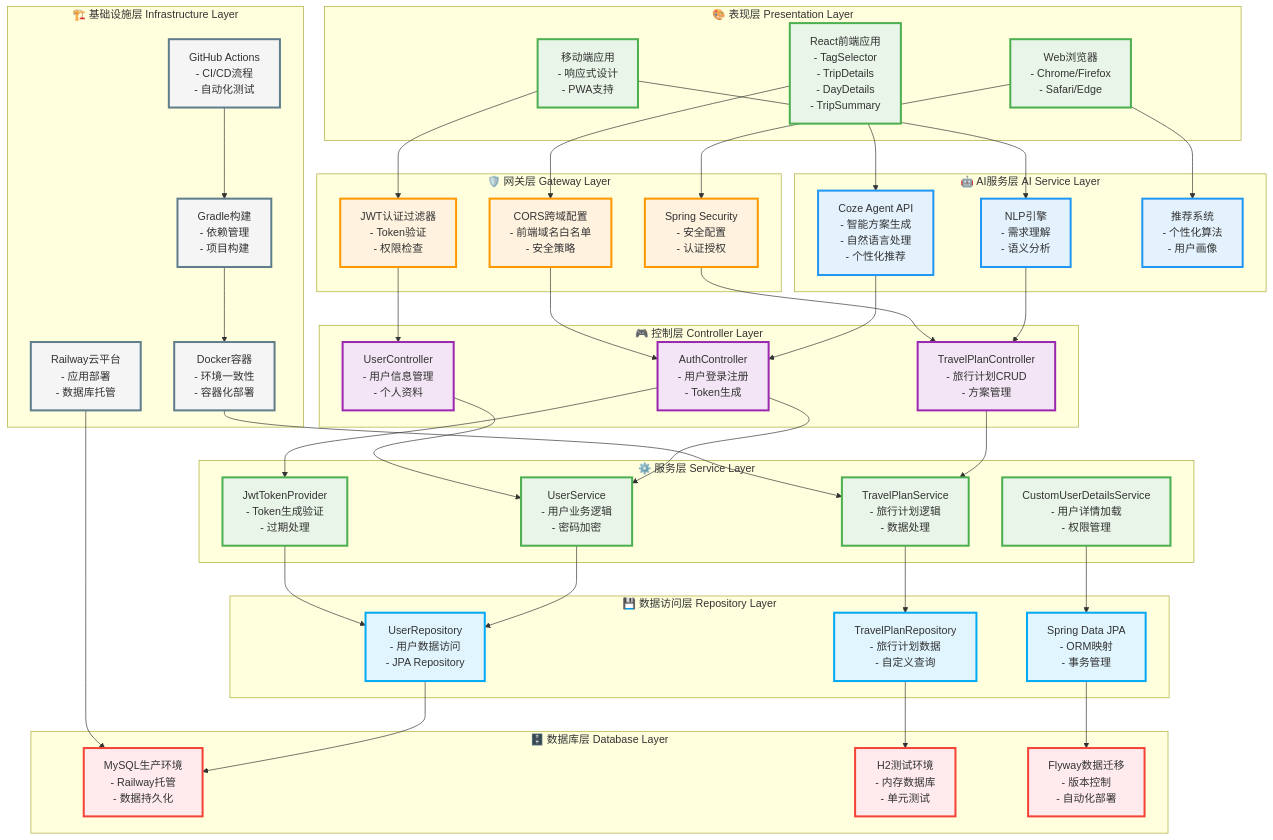
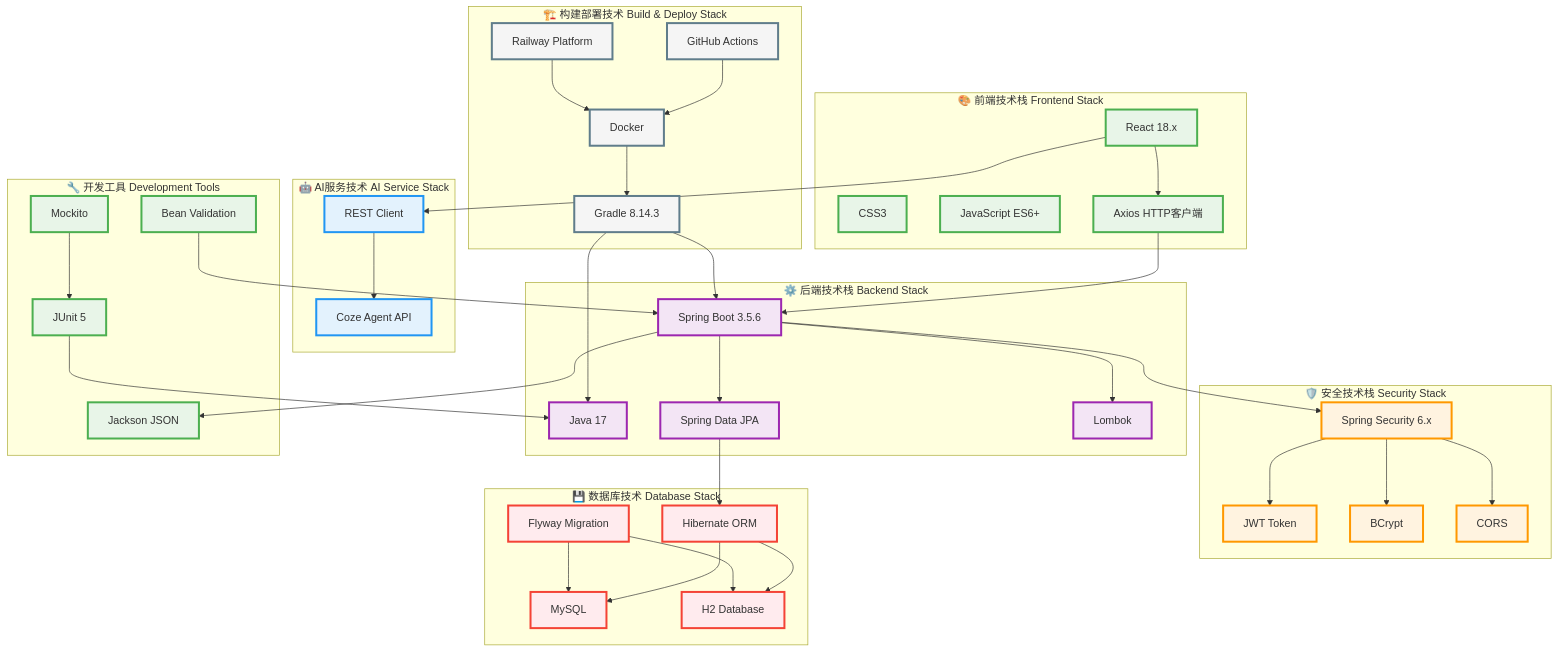
The seventh of 9 diagrams in architecture-diagram.md (NicoleYL28/travel-assistant), drawn with Mermaid before and after one commit. The commit also changed other lines of this file, not shown here.

Commit message:
update diagram

````diff
--- a/architecture-diagram.md
+++ b/architecture-diagram.md
@@ -355,113 +355,104 @@
 ```mermaid
 graph TB
-    %% 表现层 - Presentation Layer  
-    subgraph "🎨 表现层 Presentation Layer"
-        REACT["React前端应用<br/>- TagSelector<br/>- TripDetails<br/>- DayDetails<br/>- TripSummary"]
-        MOBILE["移动端应用<br/>- 响应式设计<br/>- PWA支持"]
-        BROWSER["Web浏览器<br/>- Chrome/Firefox<br/>- Safari/Edge"]
+    %% 前端技术栈 - Frontend Stack
+    subgraph "🎨 前端技术栈 Frontend Stack"
+        REACT["React 18.x"]
+        CSS["CSS3"]
+        JS["JavaScript ES6+"]
+        AXIOS["Axios HTTP客户端"]
     end
     
-    %% AI服务层 - AI Service Layer
-    subgraph "🤖 AI服务层 AI Service Layer"
-        COZE["Coze Agent API<br/>- 智能方案生成<br/>- 自然语言处理<br/>- 个性化推荐"]
-        NLP["NLP引擎<br/>- 需求理解<br/>- 语义分析"]
-        RECOM["推荐系统<br/>- 个性化算法<br/>- 用户画像"]
+    %% AI服务技术 - AI Service Stack
+    subgraph "🤖 AI服务技术 AI Service Stack"
+        COZE["Coze Agent API"]
+        REST_CLIENT["REST Client"]
     end
     
-    %% 网关层 - Gateway Layer  
-    subgraph "🛡️ 网关层 Gateway Layer"
-        CORS["CORS跨域配置<br/>- 前端域名白名单<br/>- 安全策略"]
-        JWT_FILTER["JWT认证过滤器<br/>- Token验证<br/>- 权限检查"]
-        SECURITY["Spring Security<br/>- 安全配置<br/>- 认证授权"]
+    %% 安全技术栈 - Security Stack
+    subgraph "🛡️ 安全技术栈 Security Stack"
+        JWT["JWT Token"]
+        BCRYPT["BCrypt"]
+        CORS["CORS"]
+        SPRING_SEC["Spring Security 6.x"]
     end
     
-    %% 控制层 - Controller Layer
-    subgraph "🎮 控制层 Controller Layer"
-        AUTH_CTRL["AuthController<br/>- 用户登录注册<br/>- Token生成"]
-        USER_CTRL["UserController<br/>- 用户信息管理<br/>- 个人资料"]
-        TRAVEL_CTRL["TravelPlanController<br/>- 旅行计划CRUD<br/>- 方案管理"]
+    %% 后端技术栈 - Backend Stack
+    subgraph "⚙️ 后端技术栈 Backend Stack"
+        JAVA["Java 17"]
+        SPRING_BOOT["Spring Boot 3.5.6"]
+        SPRING_DATA["Spring Data JPA"]
+        LOMBOK["Lombok"]
     end
     
-    %% 服务层 - Service Layer
-    subgraph "⚙️ 服务层 Service Layer"
-        USER_SVC["UserService<br/>- 用户业务逻辑<br/>- 密码加密"]
-        TRAVEL_SVC["TravelPlanService<br/>- 旅行计划逻辑<br/>- 数据处理"]
-        SECURITY_SVC["CustomUserDetailsService<br/>- 用户详情加载<br/>- 权限管理"]
-        JWT_PROVIDER["JwtTokenProvider<br/>- Token生成验证<br/>- 过期处理"]
+    %% 数据库技术 - Database Stack
+    subgraph "💾 数据库技术 Database Stack"
+        MYSQL["MySQL"]
+        H2["H2 Database"]
+        FLYWAY["Flyway Migration"]
+        HIBERNATE["Hibernate ORM"]
     end
     
-    %% 数据访问层 - Repository Layer
-    subgraph "💾 数据访问层 Repository Layer"
-        USER_REPO["UserRepository<br/>- 用户数据访问<br/>- JPA Repository"]
-        TRAVEL_REPO["TravelPlanRepository<br/>- 旅行计划数据<br/>- 自定义查询"]
-        JPA["Spring Data JPA<br/>- ORM映射<br/>- 事务管理"]
+    %% 构建部署技术 - Build & Deploy Stack
+    subgraph "🏗️ 构建部署技术 Build & Deploy Stack"
+        GRADLE["Gradle 8.14.3"]
+        DOCKER["Docker"]
+        GITHUB_ACTIONS["GitHub Actions"]
+        RAILWAY["Railway Platform"]
     end
     
-    %% 数据库层 - Database Layer
-    subgraph "🗄️ 数据库层 Database Layer"
-        MYSQL["MySQL生产环境<br/>- Railway托管<br/>- 数据持久化"]
-        H2["H2测试环境<br/>- 内存数据库<br/>- 单元测试"]
-        FLYWAY["Flyway数据迁移<br/>- 版本控制<br/>- 自动化部署"]
+    %% 开发工具 - Development Tools
+    subgraph "🔧 开发工具 Development Tools"
+        JUNIT["JUnit 5"]
+        MOCKITO["Mockito"]
+        VALIDATION["Bean Validation"]
+        JSON["Jackson JSON"]
     end
     
-    %% 基础设施层 - Infrastructure Layer
-    subgraph "🏗️ 基础设施层 Infrastructure Layer"
-        RAILWAY["Railway云平台<br/>- 应用部署<br/>- 数据库托管"]
-        DOCKER["Docker容器<br/>- 环境一致性<br/>- 容器化部署"]
-        GITHUB["GitHub Actions<br/>- CI/CD流程<br/>- 自动化测试"]
-        GRADLE["Gradle构建<br/>- 依赖管理<br/>- 项目构建"]
-    end
+    %% 技术关联关系 - 纯技术层面的依赖
+    REACT --> AXIOS
+    AXIOS --> SPRING_BOOT
+    REACT --> REST_CLIENT
+    REST_CLIENT --> COZE
     
-    %% 分层连接关系
-    REACT --> COZE
-    MOBILE --> NLP
-    BROWSER --> RECOM
+    SPRING_BOOT --> SPRING_SEC
+    SPRING_BOOT --> SPRING_DATA
+    SPRING_BOOT --> LOMBOK
+    SPRING_BOOT --> JSON
     
-    REACT --> CORS
-    MOBILE --> JWT_FILTER
-    BROWSER --> SECURITY
+    SPRING_SEC --> JWT
+    SPRING_SEC --> BCRYPT
+    SPRING_SEC --> CORS
     
-    COZE --> AUTH_CTRL
-    NLP --> TRAVEL_CTRL
-    CORS --> AUTH_CTRL
-    JWT_FILTER --> USER_CTRL
-    SECURITY --> TRAVEL_CTRL
+    SPRING_DATA --> HIBERNATE
+    HIBERNATE --> MYSQL
+    HIBERNATE --> H2
+    FLYWAY --> MYSQL
+    FLYWAY --> H2
     
-    AUTH_CTRL --> USER_SVC
-    USER_CTRL --> USER_SVC
-    TRAVEL_CTRL --> TRAVEL_SVC
-    AUTH_CTRL --> JWT_PROVIDER
+    GRADLE --> JAVA
+    GRADLE --> SPRING_BOOT
+    DOCKER --> GRADLE
+    GITHUB_ACTIONS --> DOCKER
+    RAILWAY --> DOCKER
     
-    USER_SVC --> USER_REPO
-    TRAVEL_SVC --> TRAVEL_REPO
-    SECURITY_SVC --> JPA
-    JWT_PROVIDER --> USER_REPO
-    
-    USER_REPO --> MYSQL
-    TRAVEL_REPO --> H2
-    JPA --> FLYWAY
-    
-    RAILWAY --> MYSQL
-    DOCKER --> TRAVEL_SVC
-    GITHUB --> GRADLE
-    GRADLE --> DOCKER
+    JUNIT --> JAVA
+    MOCKITO --> JUNIT
+    VALIDATION --> SPRING_BOOT
     
     %% 样式定义
-    classDef presentation fill:#e8f5e8,stroke:#4caf50,stroke-width:3px
+    classDef frontend fill:#e8f5e8,stroke:#4caf50,stroke-width:3px
     classDef ai fill:#e3f2fd,stroke:#2196f3,stroke-width:3px
-    classDef gateway fill:#fff3e0,stroke:#ff9800,stroke-width:3px
-    classDef controller fill:#f3e5f5,stroke:#9c27b0,stroke-width:3px
-    classDef service fill:#e8f5e8,stroke:#4caf50,stroke-width:3px
-    classDef repository fill:#e1f5fe,stroke:#03a9f4,stroke-width:3px
+    classDef security fill:#fff3e0,stroke:#ff9800,stroke-width:3px
+    classDef backend fill:#f3e5f5,stroke:#9c27b0,stroke-width:3px
     classDef database fill:#ffebee,stroke:#f44336,stroke-width:3px
-    classDef infrastructure fill:#f5f5f5,stroke:#607d8b,stroke-width:3px
+    classDef build fill:#f5f5f5,stroke:#607d8b,stroke-width:3px
+    classDef tools fill:#e8f5e8,stroke:#4caf50,stroke-width:3px
     
-    class REACT,MOBILE,BROWSER presentation
-    class COZE,NLP,RECOM ai
-    class CORS,JWT_FILTER,SECURITY gateway
-    class AUTH_CTRL,USER_CTRL,TRAVEL_CTRL controller
-    class USER_SVC,TRAVEL_SVC,SECURITY_SVC,JWT_PROVIDER service
-    class USER_REPO,TRAVEL_REPO,JPA repository
-    class MYSQL,H2,FLYWAY database
-    class RAILWAY,DOCKER,GITHUB,GRADLE infrastructure
+    class REACT,CSS,JS,AXIOS frontend
+    class COZE,REST_CLIENT ai
+    class JWT,BCRYPT,CORS,SPRING_SEC security
+    class JAVA,SPRING_BOOT,SPRING_DATA,LOMBOK backend
+    class MYSQL,H2,FLYWAY,HIBERNATE database
+    class GRADLE,DOCKER,GITHUB_ACTIONS,RAILWAY build
+    class JUNIT,MOCKITO,VALIDATION,JSON tools
 ```
````
